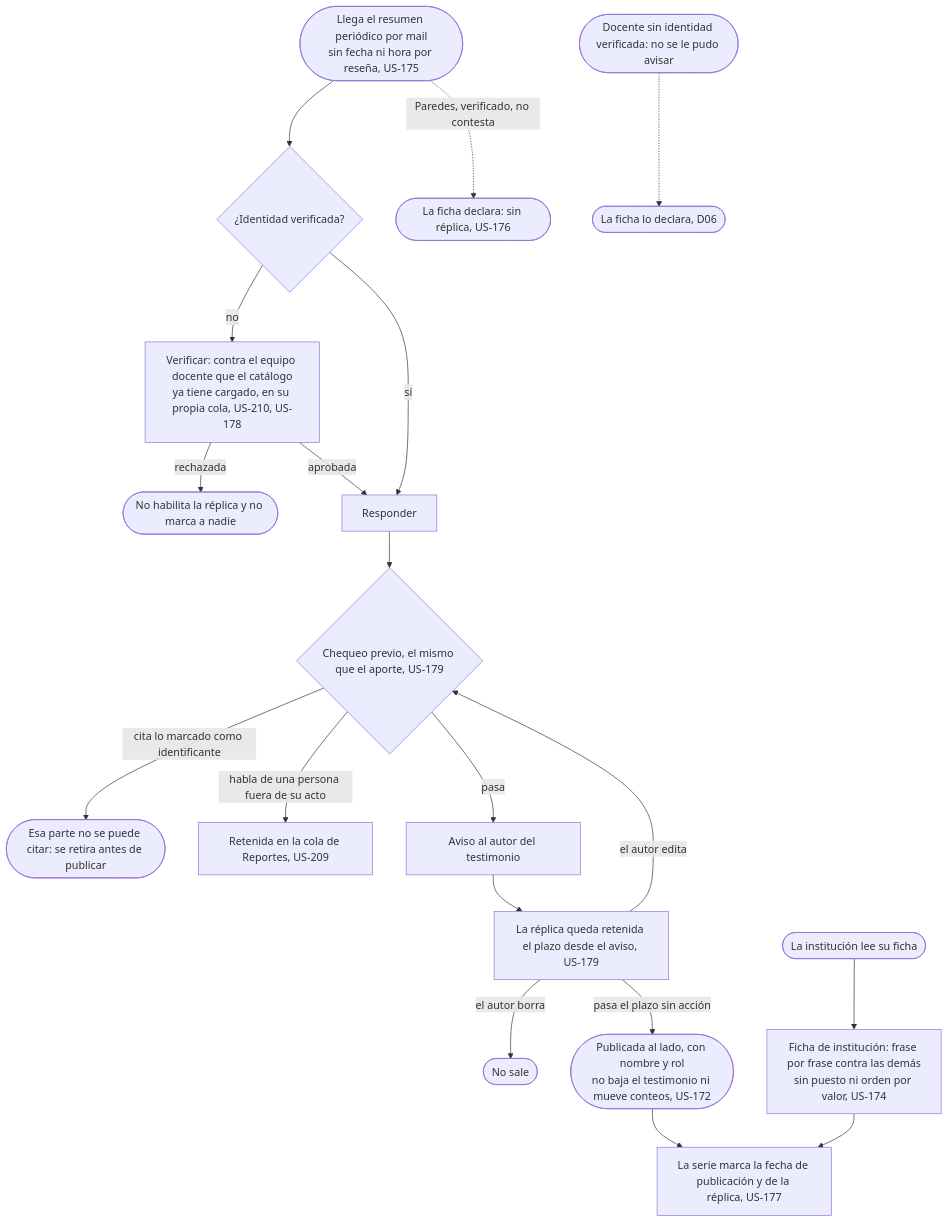
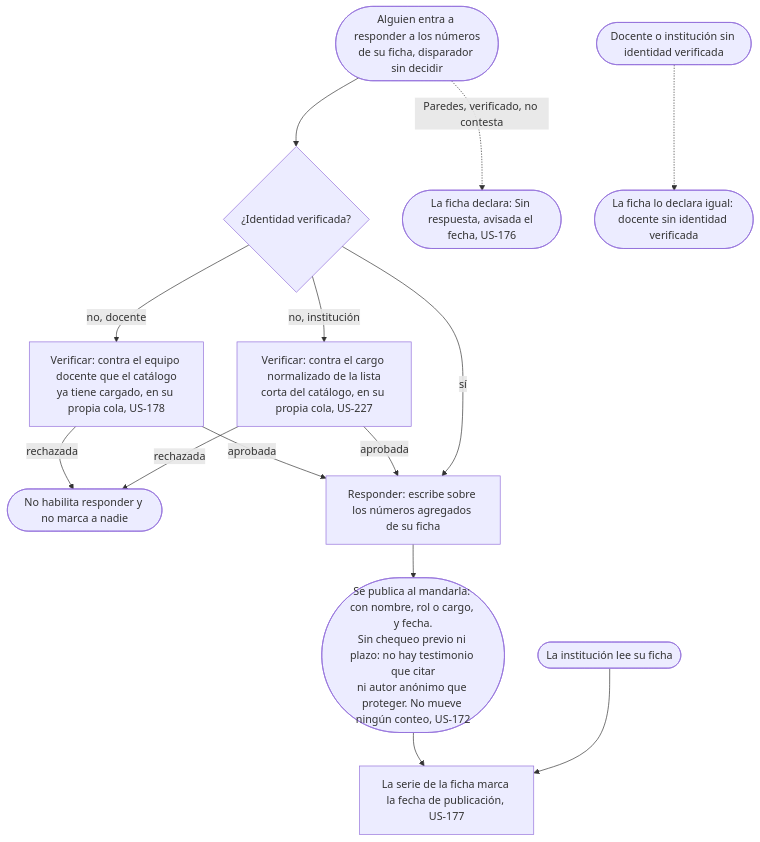
Before and after one commit to lucasidev/plan-b: the diagram in docs/product/reviewed/reply/flow.md, drawn with Mermaid. The commit also changed other lines of this file and 243 other files, not shown here.

````diff
--- a/docs/product/reviewed/reply/flow.md
+++ b/docs/product/reviewed/reply/flow.md
@@ -5,24 +5,18 @@
 ```mermaid
 flowchart TD
-  A([Llega el resumen periódico por mail<br/>sin fecha ni hora por reseña, US-175]) --> B{¿Identidad verificada?}
-  B -->|no| C[Verificar: contra el equipo docente que el catálogo<br/>ya tiene cargado, en su propia cola, US-210, US-178]
-  C -->|rechazada| C1([No habilita la réplica y no marca a nadie])
+  A([Alguien entra a responder a los números<br/>de su ficha, disparador sin decidir]) --> B{¿Identidad verificada?}
+  B -->|no, docente| C[Verificar: contra el equipo docente que el catálogo<br/>ya tiene cargado, en su propia cola, US-178]
+  B -->|no, institución| C2[Verificar: contra el cargo normalizado de la lista<br/>corta del catálogo, en su propia cola, US-227]
+  C -->|rechazada| C1([No habilita responder y no marca a nadie])
+  C2 -->|rechazada| C1
   C -->|aprobada| D
-  B -->|sí| D[Responder]
-  D --> E{Chequeo previo, el mismo que el aporte, US-179}
-  E -->|cita lo marcado como identificante| E1([Esa parte no se puede citar: se retira antes de publicar])
-  E -->|habla de una persona fuera de su acto| E2[Retenida en la cola de Reportes, US-209]
-  E -->|pasa| F[Aviso al autor del testimonio]
-  F --> G[La réplica queda retenida el plazo desde el aviso, US-179]
-  G -->|el autor edita| E
-  G -->|el autor borra| G1([No sale])
-  G -->|pasa el plazo sin acción| H([Publicada al lado, con nombre y rol<br/>no baja el testimonio ni mueve conteos, US-172])
-  H --> I[La serie marca la fecha de publicación y de la réplica, US-177]
+  C2 -->|aprobada| D
+  B -->|sí| D[Responder: escribe sobre los números agregados de su ficha]
+  D --> H([Se publica al mandarla: con nombre, rol o cargo, y fecha.<br/>Sin chequeo previo ni plazo: no hay testimonio que citar<br/>ni autor anónimo que proteger. No mueve ningún conteo, US-172])
+  H --> I[La serie de la ficha marca la fecha de publicación, US-177]
 
-  A -.->|Paredes, verificado, no contesta| J([La ficha declara: sin réplica, US-176])
+  A -.->|Paredes, verificado, no contesta| J([La ficha declara: Sin respuesta, avisada el fecha, US-176])
+  M([Docente o institución sin identidad verificada]) -.-> N([La ficha lo declara igual: docente sin identidad verificada])
 
-  M([Docente sin identidad verificada: no se le pudo avisar]) -.-> N([La ficha lo declara, D06])
-
-  K([La institución lee su ficha]) --> L[Ficha de institución: frase por frase contra las demás<br/>sin puesto ni orden por valor, US-174]
-  L --> I
+  K([La institución lee su ficha]) --> I
 ```
````
